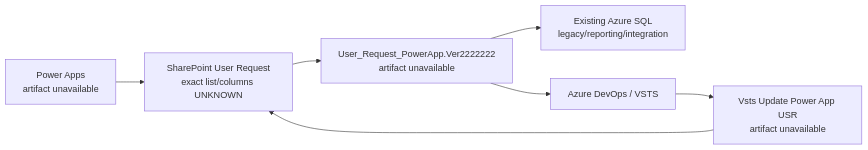
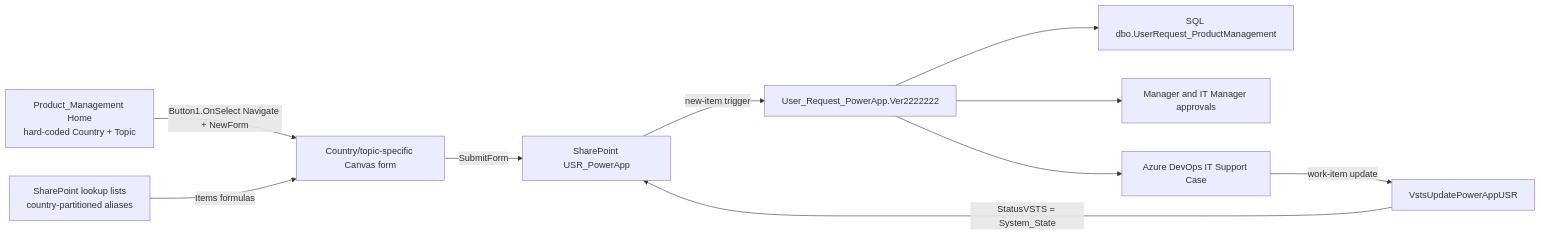
One commit to birdzee4-cmd/access-management-portal changed the first of 2 diagrams in docs/product-management-source-discovery.md. Above: the diagram before and after it, drawn with Mermaid. The commit also changed other lines of this file, not shown here.

Commit message:
docs(portal): refine product management source mapping

````diff
--- a/docs/product-management-source-discovery.md
+++ b/docs/product-management-source-discovery.md
@@ -46,9 +34,22 @@
 ```mermaid
 flowchart LR
-    PA["Power Apps\nartifact unavailable"] --> SP["SharePoint User Request\nexact list/columns UNKNOWN"]
-    SP --> FLOW["User_Request_PowerApp.Ver2222222\nartifact unavailable"]
-    FLOW --> SQL["Existing Azure SQL\nlegacy/reporting/integration"]
-    FLOW --> VSTS["Azure DevOps / VSTS"]
-    VSTS --> SYNC["Vsts Update Power App USR\nartifact unavailable"]
-    SYNC --> SP
+    HOME["Product_Management Home\nhard-coded Country + Topic"]
+    FORM["Country/topic-specific Canvas form"]
+    LOOKUPS["SharePoint lookup lists\ncountry-partitioned aliases"]
+    USR["SharePoint USR_PowerApp"]
+    FLOW["User_Request_PowerApp.Ver2222222"]
+    PMDB["SQL dbo.UserRequest_ProductManagement"]
+    APPROVAL["Manager and IT Manager approvals"]
+    VSTS["Azure DevOps IT Support Case"]
+    SYNC["VstsUpdatePowerAppUSR"]
+
+    HOME -->|Button1.OnSelect Navigate + NewForm| FORM
+    LOOKUPS -->|Items formulas| FORM
+    FORM -->|SubmitForm| USR
+    USR -->|new-item trigger| FLOW
+    FLOW --> PMDB
+    FLOW --> APPROVAL
+    FLOW --> VSTS
+    VSTS -->|work-item update| SYNC
+    SYNC -->|StatusVSTS = System_State| USR
 ```
````
